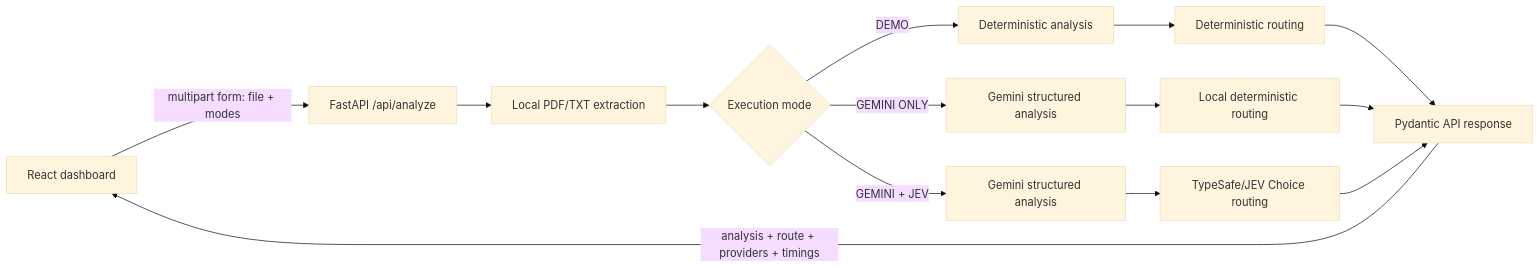
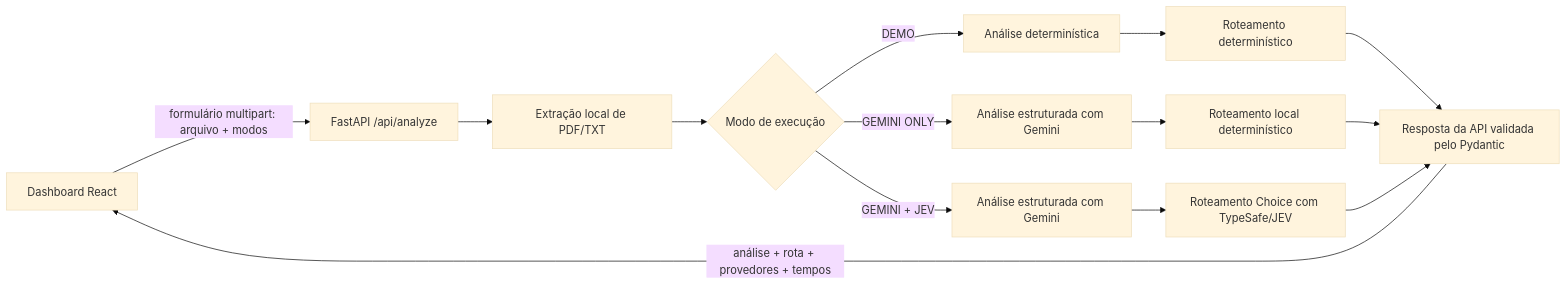
One commit to gcipolla1402/ai-decision-lab changed the diagram in README.md. Above: the diagram before and after it, drawn with Mermaid (base theme). The commit also changed other lines of this file, not shown here.

````diff
--- a/README.md
+++ b/README.md
@@ -44,20 +46,20 @@
 ```mermaid
 flowchart LR
-    UI[React dashboard] -->|multipart form: file + modes| API[FastAPI /api/analyze]
-    API --> EXT[Local PDF/TXT extraction]
-    EXT --> MODE{Execution mode}
+    UI[Dashboard React] -->|formulário multipart: arquivo + modos| API[FastAPI /api/analyze]
+    API --> EXT[Extração local de PDF/TXT]
+    EXT --> MODE{Modo de execução}
 
-    MODE -->|DEMO| DA[Deterministic analysis]
-    DA --> DR[Deterministic routing]
+    MODE -->|DEMO| DA[Análise determinística]
+    DA --> DR[Roteamento determinístico]
 
-    MODE -->|GEMINI ONLY| G1[Gemini structured analysis]
-    G1 --> LR[Local deterministic routing]
+    MODE -->|GEMINI ONLY| G1[Análise estruturada com Gemini]
+    G1 --> LR[Roteamento local determinístico]
 
-    MODE -->|GEMINI + JEV| G2[Gemini structured analysis]
-    G2 --> JEV[TypeSafe/JEV Choice routing]
+    MODE -->|GEMINI + JEV| G2[Análise estruturada com Gemini]
+    G2 --> JEV[Roteamento Choice com TypeSafe/JEV]
 
-    DR --> RESP[Pydantic API response]
+    DR --> RESP[Resposta da API validada pelo Pydantic]
     LR --> RESP
     JEV --> RESP
-    RESP -->|analysis + route + providers + timings| UI
+    RESP -->|análise + rota + provedores + tempos| UI
 ```
````
